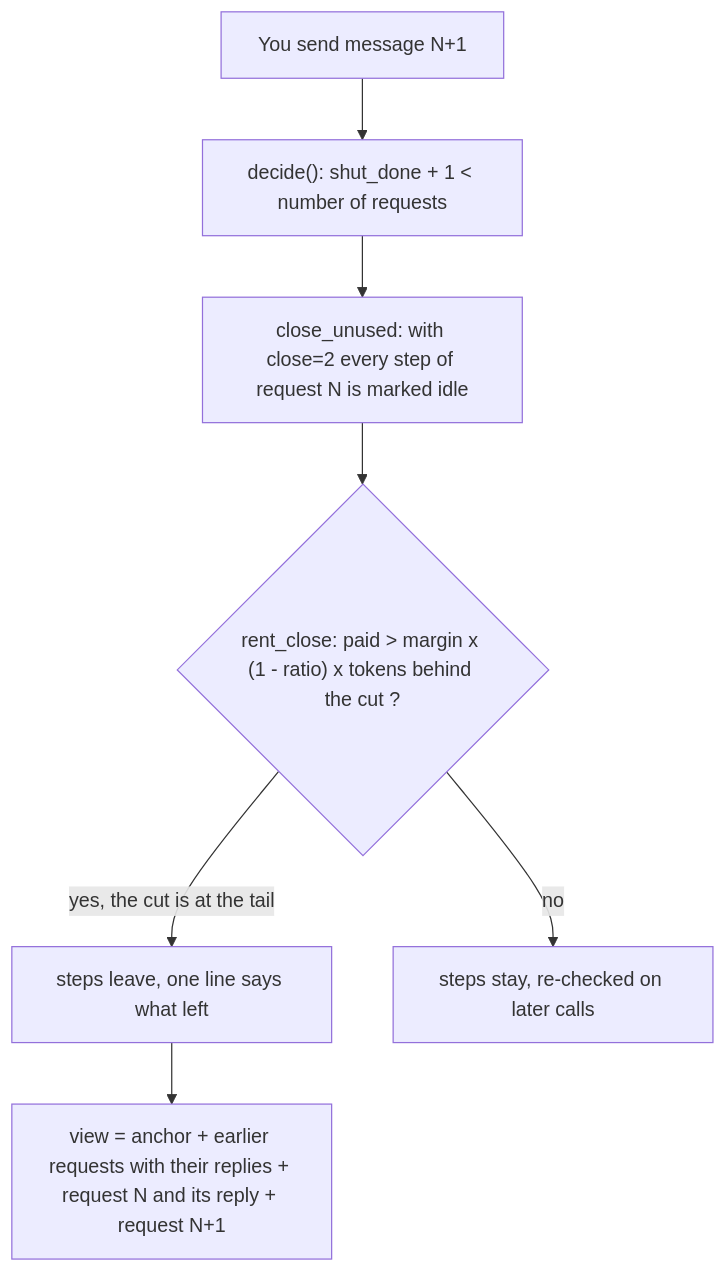
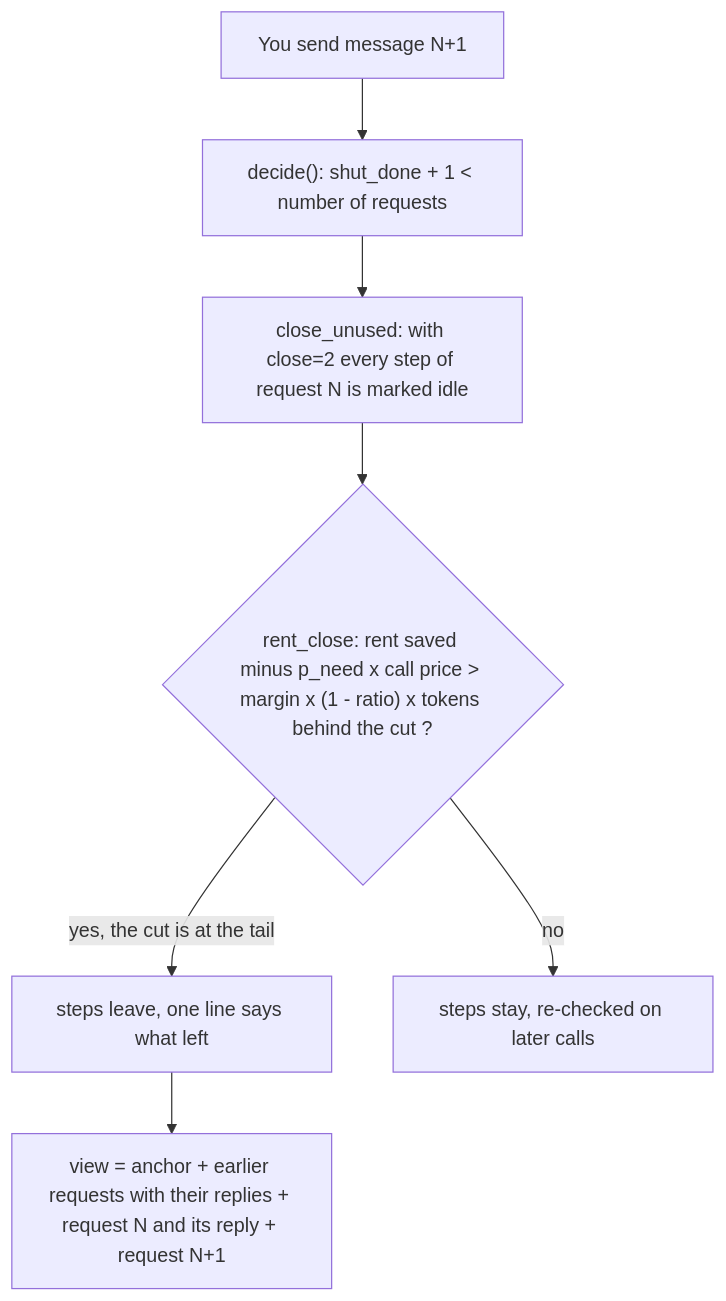
Before and after one commit to Locotir/nexo: the third of 3 diagrams in docs/context-curator.md, drawn with Mermaid. The commit also changed other lines of this file and 4 other files, not shown here.

````diff
--- a/docs/context-curator.md
+++ b/docs/context-curator.md
@@ -60,9 +60,9 @@
 ```mermaid
 flowchart TD
     A[You send message N+1] --> B["decide(): shut_done + 1 < number of requests"]
     B --> C["close_unused: with close=2 every step of request N is marked idle"]
-    C --> D{"rent_close: paid > margin x (1 - ratio) x tokens behind the cut ?"}
+    C --> D{"rent_close: rent saved minus p_need x call price > margin x (1 - ratio) x tokens behind the cut ?"}
     D -- "yes, the cut is at the tail" --> E["steps leave, one line says what left"]
     D -- no --> F[steps stay, re-checked on later calls]
     E --> G["view = anchor + earlier requests with their replies + request N and its reply + request N+1"]
 ```
````
